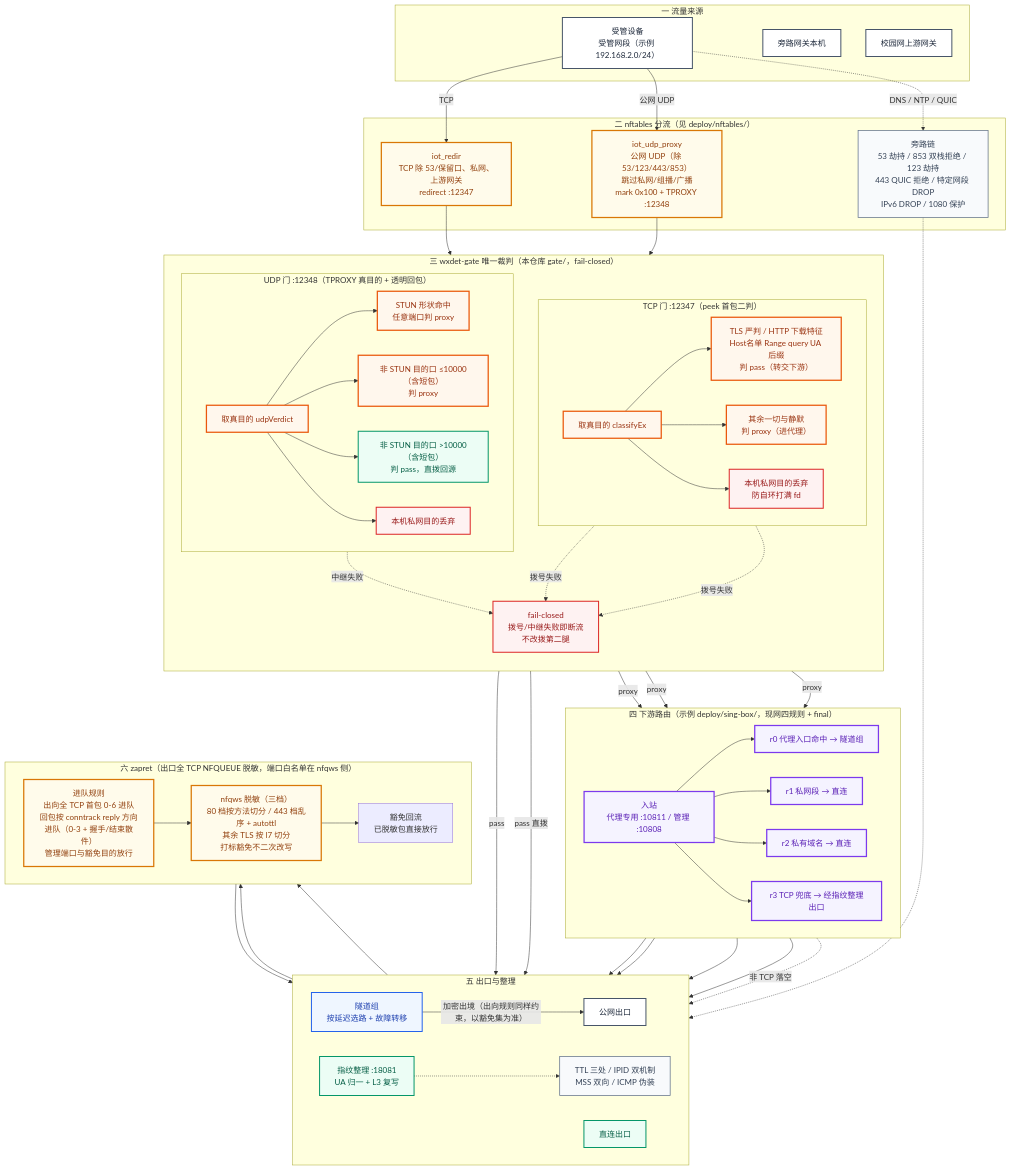
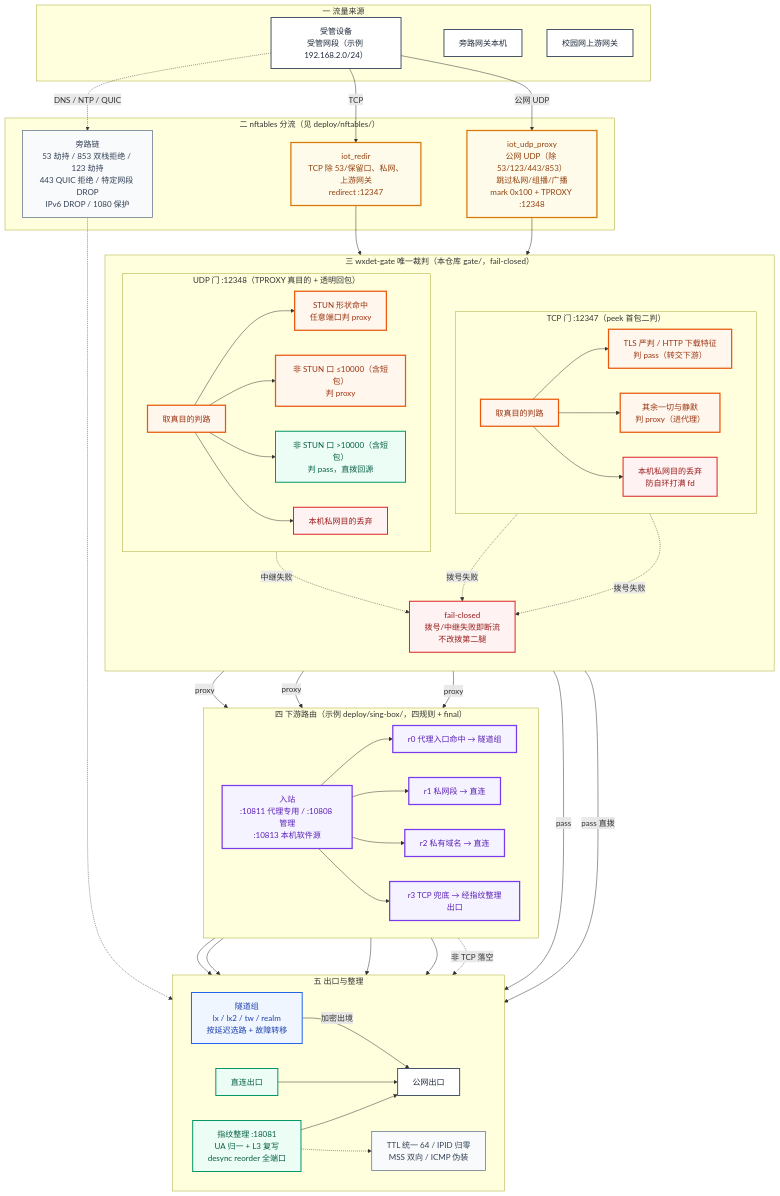
One commit to dc17c1a/campus-device-bypass changed the diagram in README.md. Above: the diagram before and after it, drawn with Mermaid. The commit also changed other lines of this file and 54 other files, not shown here.

First line of the commit message:
同步私有侧更新：zapret 退役、gate 切 Rust、ua3f desync 接管

```diff
--- a/README.md
+++ b/README.md
@@ -80,25 +80,25 @@
         direction TB
         subgraph GTCP["TCP 门 :12347（peek 首包二判）"]
             direction LR
-            GT["取真目的 classifyEx"]
-            GP["TLS 严判 / HTTP 下载特征<br/>Host名单 Range query UA 后缀<br/>判 pass（转交下游）"]
+            GT["取真目的判路"]
+            GP["TLS 严判 / HTTP 下载特征<br/>判 pass（转交下游）"]
             GX["其余一切与静默<br/>判 proxy（进代理）"]
             GD["本机私网目的丢弃<br/>防自环打满 fd"]
         end
         subgraph GUDP["UDP 门 :12348（TPROXY 真目的 + 透明回包）"]
             direction LR
-            GU["取真目的 udpVerdict"]
+            GU["取真目的判路"]
             GS["STUN 形状命中<br/>任意端口判 proxy"]
-            GL["非 STUN 目的口 ≤10000（含短包）<br/>判 proxy"]
-            GH["非 STUN 目的口 >10000（含短包）<br/>判 pass，直拨回源"]
+            GL["非 STUN 口 ≤10000（含短包）<br/>判 proxy"]
+            GH["非 STUN 口 >10000（含短包）<br/>判 pass，直拨回源"]
             GUD["本机私网目的丢弃"]
         end
         GF["fail-closed<br/>拨号/中继失败即断流<br/>不改拨第二腿"]
     end
 
-    subgraph SB["四 下游路由（示例 deploy/sing-box/，现网四规则 + final）"]
+    subgraph SB["四 下游路由（示例 deploy/sing-box/，四规则 + final）"]
         direction LR
-        SI["入站<br/>代理专用 :10811 / 管理 :10808"]
+        SI["入站<br/>:10811 代理专用 / :10808 管理<br/>:10813 本机软件源"]
         SR0["r0 代理入口命中 → 隧道组"]
         SR1["r1 私网段 → 直连"]
         SR2a["r2 私有域名 → 直连"]
@@ -107,18 +107,11 @@
 
     subgraph EG["五 出口与整理"]
         direction LR
-        UA["指纹整理 :18081<br/>UA 归一 + L3 复写"]
-        PX["隧道组<br/>按延迟选路 + 故障转移"]
+        UA["指纹整理 :18081<br/>UA 归一 + L3 复写<br/>desync reorder 全端口"]
+        PX["隧道组<br/>lx / lx2 / tw / realm<br/>按延迟选路 + 故障转移"]
         DR["直连出口"]
         NET["公网出口"]
-        FP["TTL 三处 / IPID 双机制<br/>MSS 双向 / ICMP 伪装"]
-    end
-
-    subgraph ZAP["六 zapret（出口全 TCP NFQUEUE 脱敏，端口白名单在 nfqws 侧）"]
-        direction LR
-        ZQ["进队规则<br/>出向全 TCP 首包 0-6 进队<br/>回包按 conntrack reply 方向进队（0-3 + 握手/结束散件）<br/>管理端口与豁免目的放行"]
-        ZN["nfqws 脱敏（三档）<br/>80 档按方法切分 / 443 档乱序 + autottl<br/>其余 TLS 按 l7 切分<br/>打标豁免不二次改写"]
-        ZX["豁免回流<br/>已脱敏包直接放行"]
+        FP["TTL 统一 64 / IPID 归零<br/>MSS 双向 / ICMP 伪装"]
     end
 
     C -->|"TCP"| R1 --> GT
@@ -148,12 +141,9 @@
     SR2a --> DR
     SR2 --> UA
     SR2 -.->|"非 TCP 落空"| DR
-    UA --> ZQ
-    DR --> ZQ
-    ZQ --> ZN
-    ZN --> ZX
-    ZX --> NET
-    PX -->|"加密出境（出向规则同样约束，以豁免集为准）"| NET
+    UA --> NET
+    DR --> NET
+    PX -->|"加密出境"| NET
     UA -.-> FP
     R3 -.-> FP
 
@@ -167,7 +157,7 @@
     classDef side fill:#F8FAFC,stroke:#64748B,stroke-width:1.5px,color:#334155;
 
     class C,GW,UP,NET src;
-    class R1,R2,ZQ,ZN nft;
+    class R1,R2 nft;
     class GT,GU,GP,GX,GS,GL gate;
     class SI,SR0,SR1,SR2,SR2a sb;
     class PX tun;
```
